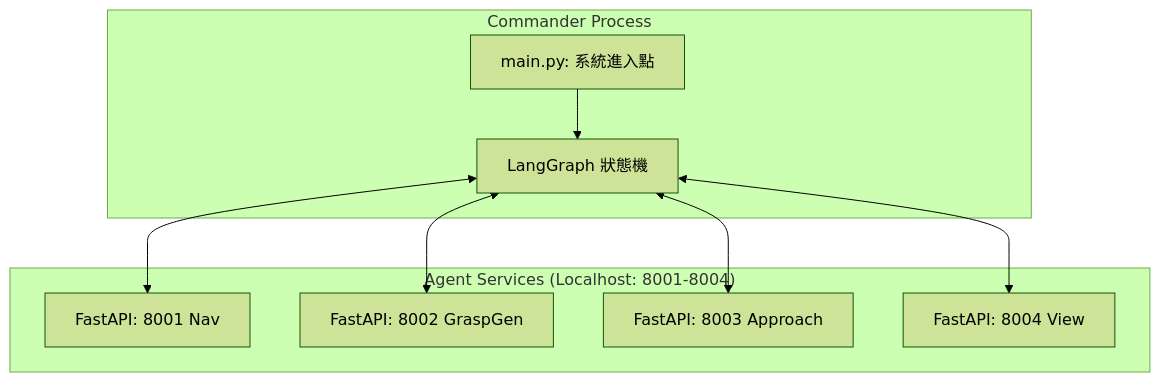
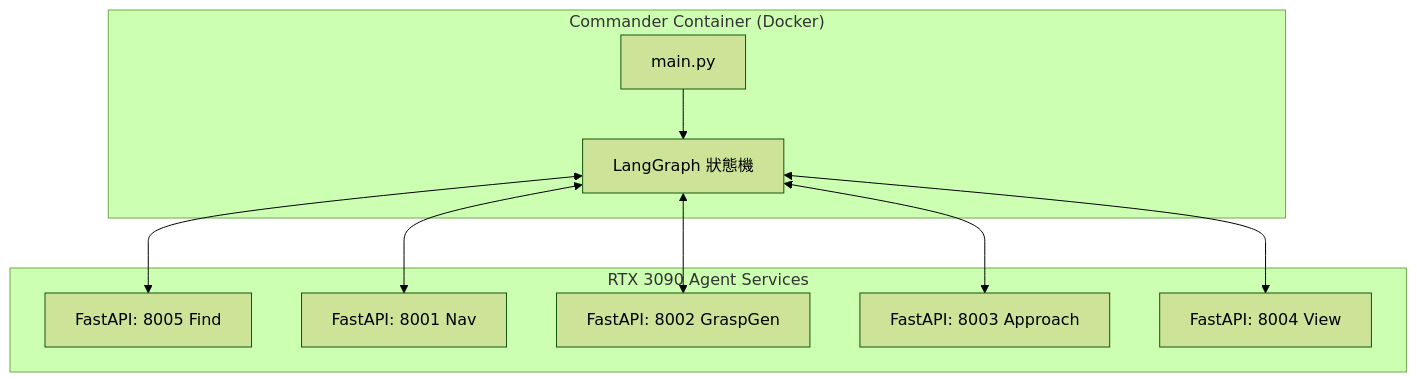
Before and after one commit to tj1125/pros_workflow: the fifth of 8 diagrams in docs/spec.md, drawn with Mermaid (forest theme). The commit also changed other lines of this file and 10 other files, not shown here.

Commit message:
feat: add find_node, config/, find_agent.py for on-demand object detection

````diff
--- a/docs/spec.md
+++ b/docs/spec.md
@@ -108,20 +127,22 @@
 ```mermaid
 graph TD
-  subgraph "Commander Process"
-    Main[main.py: 系統進入點]
+  subgraph "Commander Container (Docker)"
+    Main[main.py]
     LangGraph[LangGraph 狀態機]
   end
 
-  subgraph "Agent Services (Localhost: 8001-8004)"
+  subgraph "RTX 3090 Agent Services"
+    S0[FastAPI: 8005 Find]
     S1[FastAPI: 8001 Nav]
     S2[FastAPI: 8002 GraspGen]
     S3[FastAPI: 8003 Approach]
     S4[FastAPI: 8004 View]
   end
 
   Main --> LangGraph
+  LangGraph <--> S0
   LangGraph <--> S1
   LangGraph <--> S2
   LangGraph <--> S3
   LangGraph <--> S4
 ```
````
